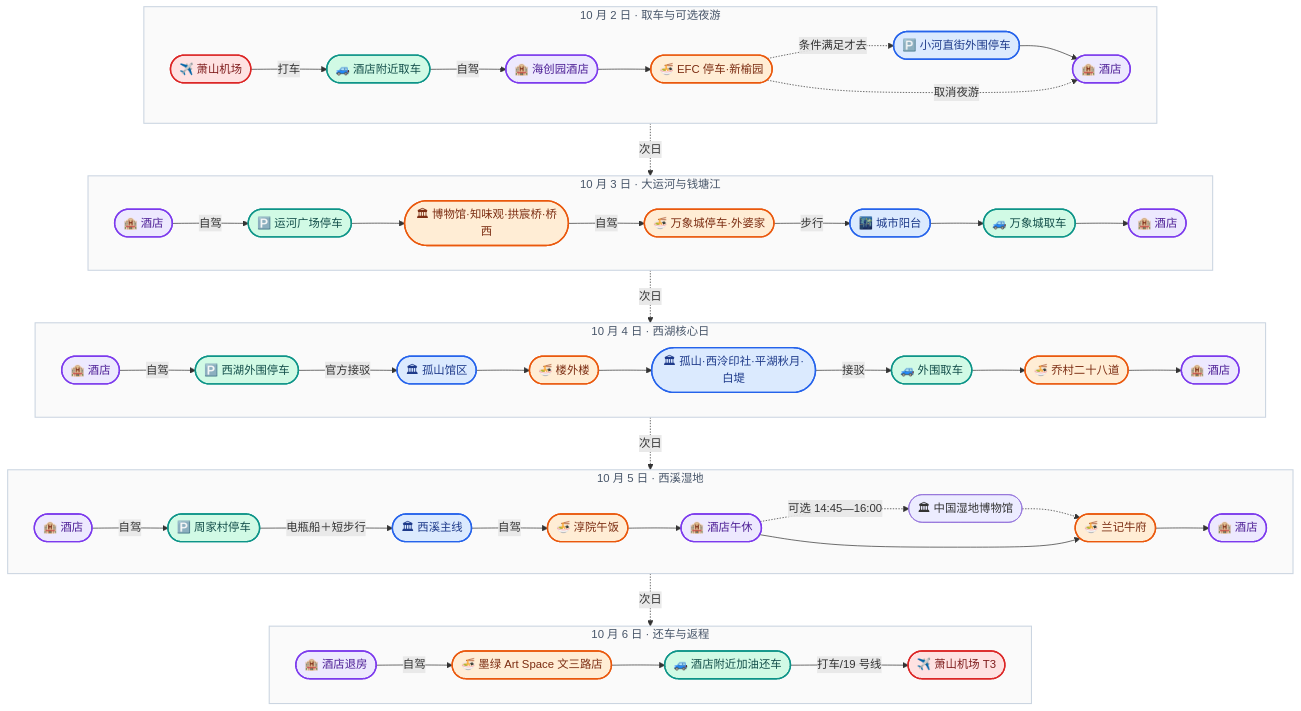
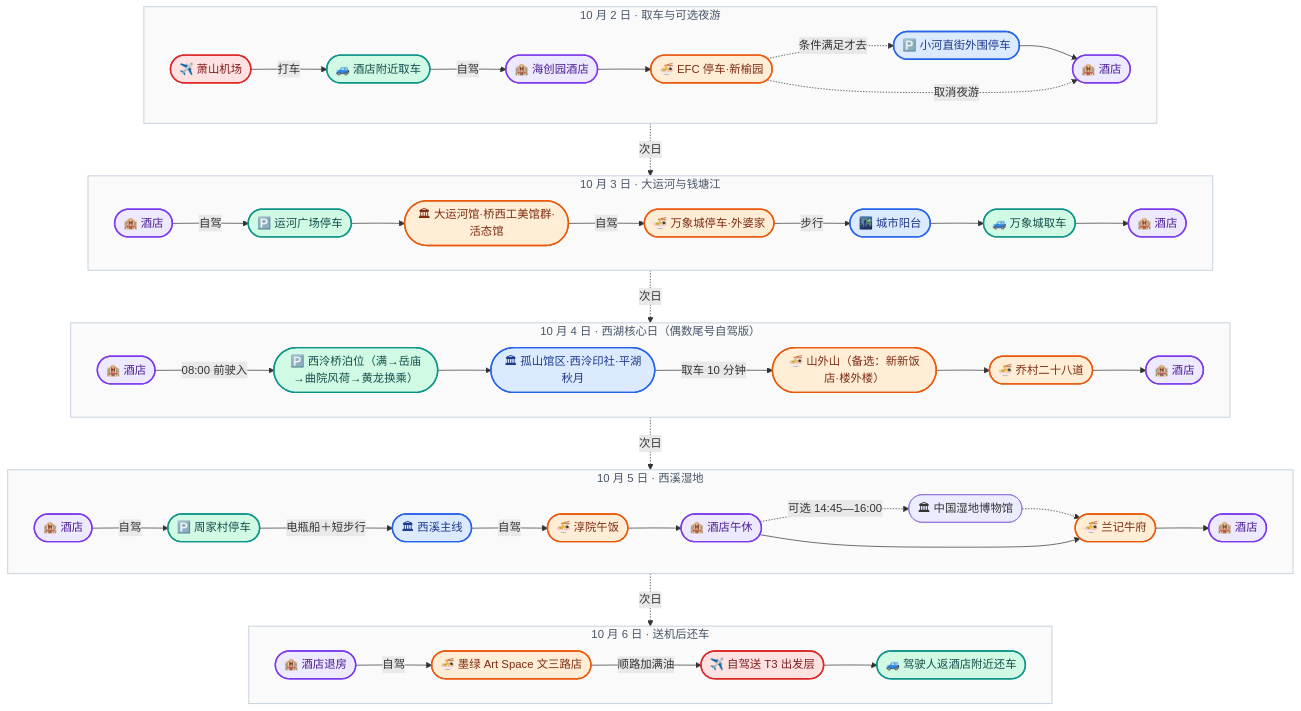
The second of 3 diagrams in docs/traffic.md (TheShadow178/hangzhou-trip), drawn with Mermaid before and after one commit. The commit also changed other lines of this file and 2 other files, not shown here.

First line of the commit message:
10/3 桥西馆群升主线、10/4 山外山+三级停车、10/6 改送机后还车

````diff
--- a/docs/traffic.md
+++ b/docs/traffic.md
@@ -191,68 +191,66 @@
 ```mermaid
 %%{init: {'theme':'base', 'themeVariables': {'fontFamily':'-apple-system, "PingFang SC", "Microsoft YaHei", sans-serif','lineColor':'#94a3b8','primaryColor':'#ffffff','primaryBorderColor':'#94a3b8','primaryTextColor':'#0f172a','fontSize':'13px'}}}%%
 flowchart TB
   subgraph C02["10 月 2 日 · 取车与可选夜游"]
     direction LR
     C02A(["✈️ 萧山机场"]) -->|打车| C02B(["🚙 酒店附近取车"])
     C02B -->|自驾| C02C(["🏨 海创园酒店"])
     C02C --> C02D(["🍜 EFC 停车·新榆园"])
     C02D -.->|条件满足才去| C02E(["🅿️ 小河直街外围停车"])
     C02E --> C02F(["🏨 酒店"])
     C02D -. 取消夜游 .-> C02F
   end
   subgraph C03["10 月 3 日 · 大运河与钱塘江"]
     direction LR
     C03A(["🏨 酒店"]) -->|自驾| C03B(["🅿️ 运河广场停车"])
-    C03B --> C03C(["🏛 博物馆·知味观·拱宸桥·桥西"])
+    C03B --> C03C(["🏛 大运河馆·桥西工美馆群·活态馆"])
     C03C -->|自驾| C03D(["🍜 万象城停车·外婆家"])
     C03D -->|步行| C03E(["🌃 城市阳台"])
     C03E --> C03F(["🚙 万象城取车"])
     C03F --> C03G(["🏨 酒店"])
   end
-  subgraph C04["10 月 4 日 · 西湖核心日"]
+  subgraph C04["10 月 4 日 · 西湖核心日（偶数尾号自驾版）"]
     direction LR
-    C04A(["🏨 酒店"]) -->|自驾| C04B(["🅿️ 西湖外围停车"])
-    C04B -->|官方接驳| C04C(["🏛 孤山馆区"])
-    C04C --> C04D(["🍜 楼外楼"])
-    C04D --> C04E(["🏛 孤山·西泠印社·平湖秋月·白堤"])
-    C04E -->|接驳| C04F(["🚙 外围取车"])
-    C04F --> C04G(["🍜 乔村二十八道"])
+    C04A(["🏨 酒店"]) -->|08:00 前驶入| C04B(["🅿️ 西泠桥泊位（满→岳庙→曲院风荷→黄龙换乘）"])
+    C04B --> C04C(["🏛 孤山馆区·西泠印社·平湖秋月"])
+    C04C -->|取车 10 分钟| C04D(["🍜 山外山（备选：新新饭店·楼外楼）"])
+    C04D --> C04G(["🍜 乔村二十八道"])
     C04G --> C04H(["🏨 酒店"])
   end
   subgraph C05["10 月 5 日 · 西溪湿地"]
     direction LR
     C05A(["🏨 酒店"]) -->|自驾| C05B(["🅿️ 周家村停车"])
     C05B -->|电瓶船＋短步行| C05C(["🏛 西溪主线"])
     C05C -->|自驾| C05D(["🍜 淳院午饭"])
     C05D --> C05E(["🏨 酒店午休"])
     C05E -.->|可选 14:45—16:00| C05H(["🏛 中国湿地博物馆"])
     C05H -.-> C05F(["🍜 兰记牛府"])
     C05E --> C05F(["🍜 兰记牛府"])
     C05F --> C05G(["🏨 酒店"])
   end
-  subgraph C06["10 月 6 日 · 还车与返程"]
+  subgraph C06["10 月 6 日 · 送机后还车"]
     direction LR
     C06A(["🏨 酒店退房"]) -->|自驾| C06B(["🍜 墨绿 Art Space 文三路店"])
-    C06B --> C06C(["🚙 酒店附近加油还车"])
-    C06C -->|打车/19 号线| C06D(["✈️ 萧山机场 T3"])
+    C06B -->|顺路加满油| C06D(["✈️ 自驾送 T3 出发层"])
+    C06D --> C06C(["🚙 驾驶人返酒店附近还车"])
   end
   C02F -.->|次日| C03A
   C03G -.->|次日| C04A
   C04H -.->|次日| C05A
   C05G -.->|次日| C06A
   classDef cAir fill:#fee2e2,stroke:#dc2626,stroke-width:2px,color:#7f1d1d
   classDef cStay fill:#ede9fe,stroke:#7c3aed,stroke-width:2px,color:#4c1d95
   classDef cFood fill:#ffedd5,stroke:#ea580c,stroke-width:2px,color:#7c2d12
   classDef cSee fill:#dbeafe,stroke:#2563eb,stroke-width:2px,color:#1e3a8a
   classDef cMove fill:#d1fae5,stroke:#0d9488,stroke-width:2px,color:#134e4a
   class C02A,C06D cAir
   class C02B,C03B,C03F,C04B,C04F,C05B,C06C cMove
   class C02C,C02F,C03A,C03G,C04A,C04H,C05A,C05E,C05G,C06A cStay
   class C02D,C03C,C03D,C04D,C04G,C05D,C05F,C06B cFood
   class C02E,C03E,C04C,C04E,C05C cSee
   style C02 fill:#fafafa,stroke:#cbd5e1,stroke-width:1.5px,color:#475569
   style C03 fill:#fafafa,stroke:#cbd5e1,stroke-width:1.5px,color:#475569
   style C04 fill:#fafafa,stroke:#cbd5e1,stroke-width:1.5px,color:#475569
   style C05 fill:#fafafa,stroke:#cbd5e1,stroke-width:1.5px,color:#475569
   style C06 fill:#fafafa,stroke:#cbd5e1,stroke-width:1.5px,color:#475569
 ```
````
